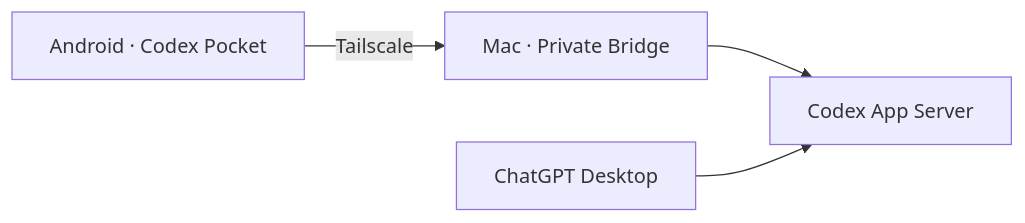
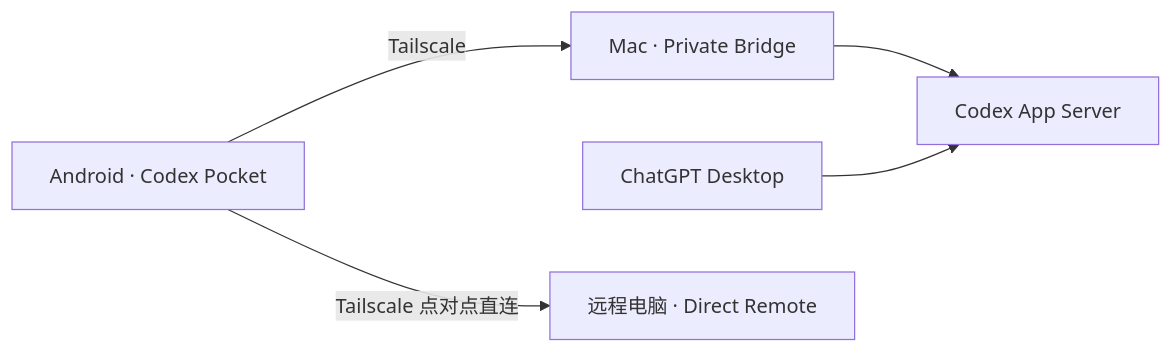
The diagram in README.md (renshaojie233/codex-pocket), drawn with Mermaid before and after one commit. The commit also changed other lines of this file and 12 other files, not shown here.

Commit message:
Add direct Tailscale remote desktops

````diff
--- a/README.md
+++ b/README.md
@@ -22,6 +22,7 @@
 ```mermaid
 flowchart LR
     Phone[Android · Codex Pocket] -->|Tailscale| Bridge[Mac · Private Bridge]
     Bridge --> Server[Codex App Server]
     Desktop[ChatGPT Desktop] --> Server
+    Phone -->|Tailscale 点对点直连| Remote[远程电脑 · Direct Remote]
 ```
````
